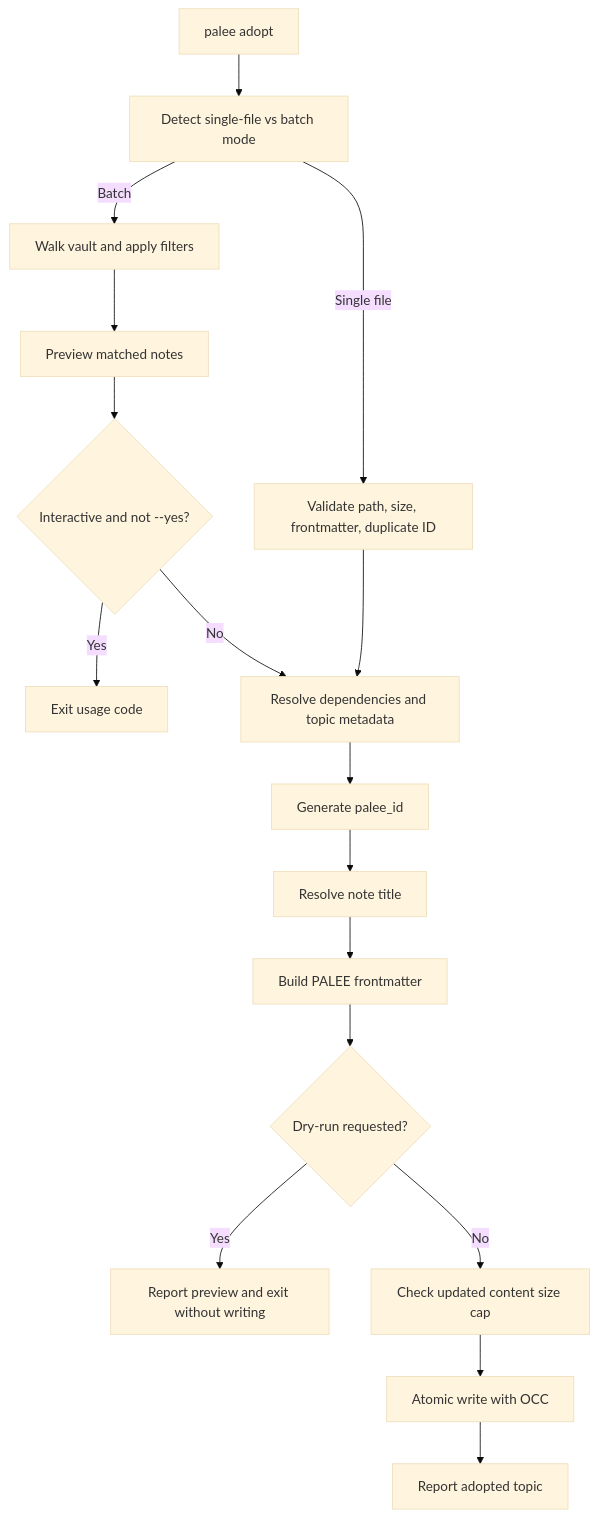
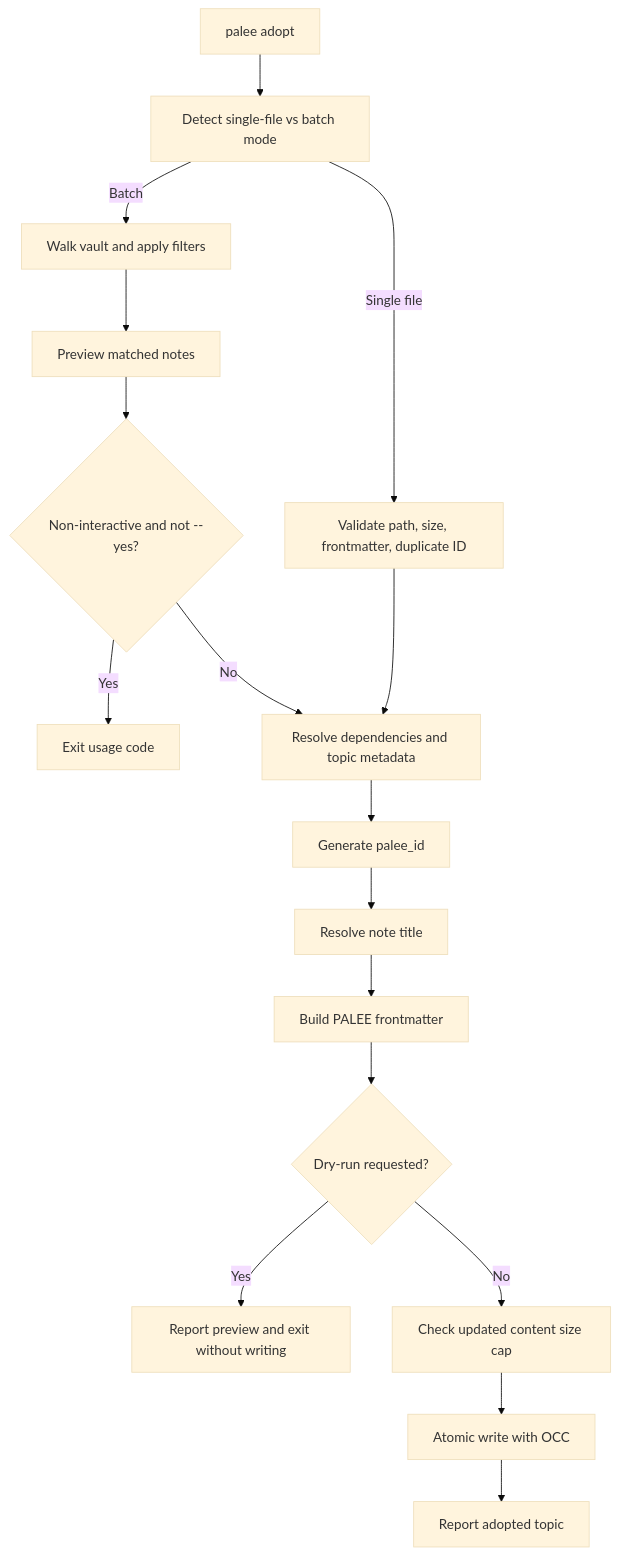
The fifth of 9 diagrams in User Guide/Topic Management/Adopting Topics/Adopting Topics.md (Kuldeep2822k/palee-architecture), drawn with Mermaid (base theme) before and after one commit. The commit also changed other lines of this file and 5 other files, not shown here.

````diff
--- a/User Guide/Topic Management/Adopting Topics/Adopting Topics.md
+++ b/User Guide/Topic Management/Adopting Topics/Adopting Topics.md
@@ -178,19 +178,19 @@
 ```mermaid
 flowchart TD
   Entry["palee adopt"] --> DetectMode["Detect single-file vs batch mode"]
   DetectMode -->|Single file| ValidateSingle["Validate path, size, frontmatter, duplicate ID"]
   DetectMode -->|Batch| WalkVault["Walk vault and apply filters"]
   WalkVault --> PreviewScope["Preview matched notes"]
-  PreviewScope --> Confirm{"Interactive and not --yes?"}
+  PreviewScope --> Confirm{"Non-interactive and not --yes?"}
   Confirm -->|Yes| ExitUsage["Exit usage code"]
   Confirm -->|No| PlanDeps["Resolve dependencies and topic metadata"]
   ValidateSingle --> PlanDeps
   PlanDeps --> GenerateId["Generate palee_id"]
   GenerateId --> ExtractTitle["Resolve note title"]
   ExtractTitle --> BuildFM["Build PALEE frontmatter"]
   BuildFM --> DryRun{"Dry-run requested?"}
   DryRun -->|Yes| NoWrite["Report preview and exit without writing"]
   DryRun -->|No| CheckCap["Check updated content size cap"]
   CheckCap --> AtomicWrite["Atomic write with OCC"]
   AtomicWrite --> Report["Report adopted topic"]
 ```
````
